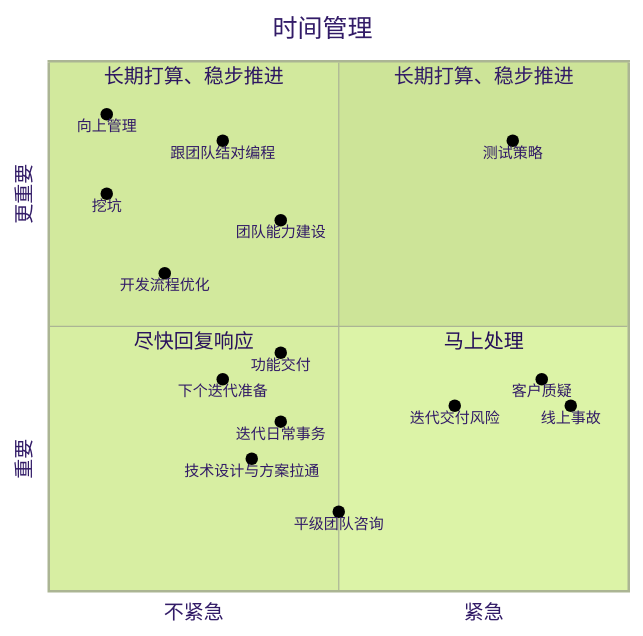
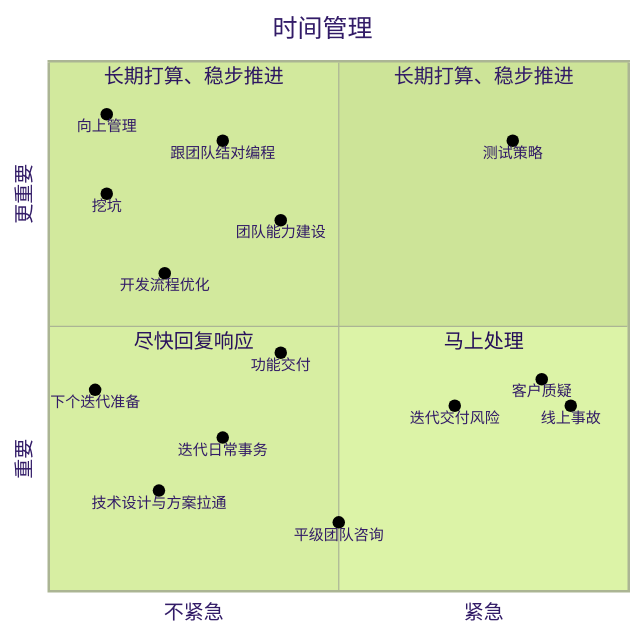
The first of 3 diagrams in _posts/2023-08-05-my-tech-lead-journey-iv.md (EthanLin-TWer/blog), drawn with Mermaid (forest theme) before and after one commit. The commit also changed other lines of this file, not shown here.

````diff
--- a/_posts/2023-08-05-my-tech-lead-journey-iv.md
+++ b/_posts/2023-08-05-my-tech-lead-journey-iv.md
@@ -18,26 +18,26 @@
 ```mermaid
 quadrantChart
   title 时间管理
   x-axis "不紧急" --> "紧急"
   y-axis "重要" --> "更重要"
   quadrant-1 "长期打算、稳步推进"
   quadrant-2 "长期打算、稳步推进"
   quadrant-3 "尽快回复响应"
   quadrant-4 "马上处理"
   
   "线上事故": [0.9, 0.35]
   "客户质疑": [0.85, 0.4]
   "迭代交付风险": [0.7, 0.35]
-  "迭代日常事务": [0.4, 0.32]
   "功能交付": [0.4, 0.45]
-  "下个迭代准备": [0.3, 0.4]
-  "技术设计与方案拉通": [0.35, 0.25]
-  "平级团队咨询": [0.5, 0.15]
+  "迭代日常事务": [0.3, 0.29]
+  "下个迭代准备": [0.08, 0.38]
+  "技术设计与方案拉通": [0.19, 0.19]
+  "平级团队咨询": [0.5, 0.13]
 
   "跟团队结对编程": [0.3, 0.85]
   "测试策略": [0.8, 0.85]
   "开发流程优化": [0.2, 0.6]
   "团队能力建设": [0.4, 0.7]
   "向上管理": [0.1, 0.9]
   "挖坑": [0.1, 0.75]
 ```
````
